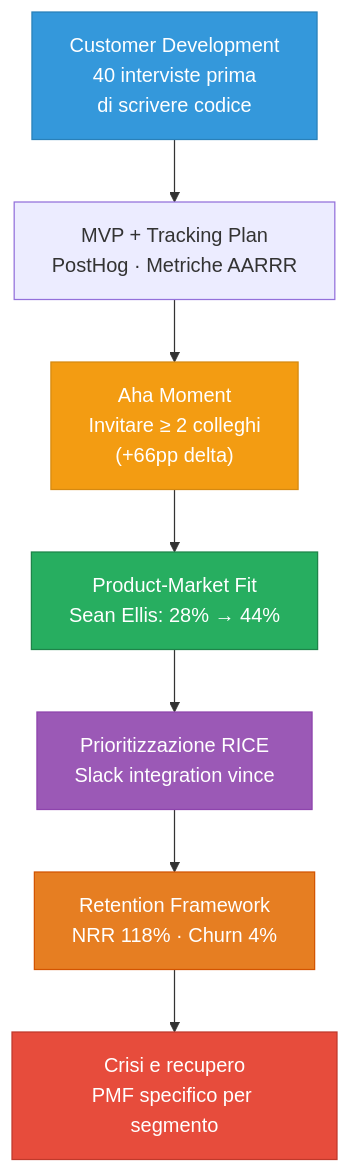
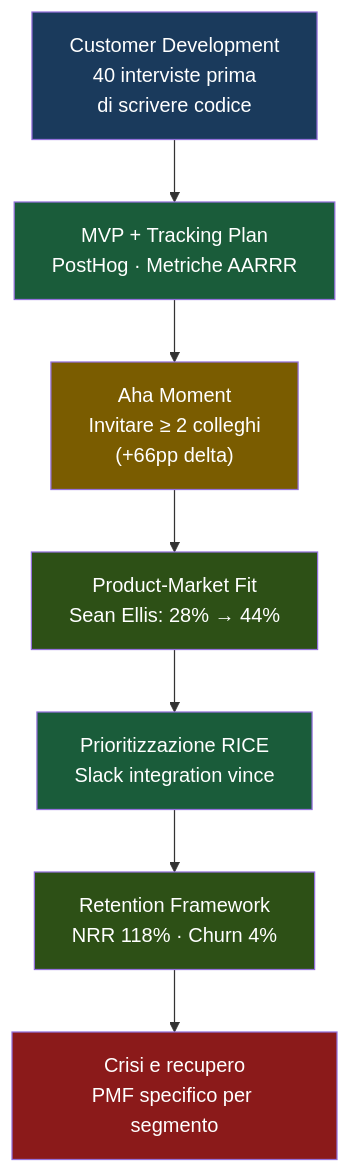
One commit to AndreyBertasini/gynnitech changed the diagram in src/content/corso/analisi-prodotto/caso-studio.mdx. Above: the diagram before and after it, drawn with Mermaid. The commit also changed 21 other files, not shown here.

First line of the commit message:
style: applica color scheme semantico a tutti i diagrammi Mermaid del corso

````diff
--- a/src/content/corso/analisi-prodotto/caso-studio.mdx
+++ b/src/content/corso/analisi-prodotto/caso-studio.mdx
@@ -239,15 +239,16 @@
 ```mermaid
 graph TD
     CD["Customer Development\n40 interviste prima\ndi scrivere codice"] --> MVP["MVP + Tracking Plan\nPostHog · Metriche AARRR"]
     MVP --> AHA["Aha Moment\nInvitare ≥ 2 colleghi\n(+66pp delta)"]
     AHA --> PMF["Product-Market Fit\nSean Ellis: 28% → 44%"]
     PMF --> PRIO["Prioritizzazione RICE\nSlack integration vince"]
     PRIO --> RET["Retention Framework\nNRR 118% · Churn 4%"]
     RET --> CRISIS["Crisi e recupero\nPMF specifico per segmento"]
-    style CD fill:#3498db,stroke:#2980b9,color:#fff
-    style AHA fill:#f39c12,stroke:#d68910,color:#fff
-    style PMF fill:#27ae60,stroke:#1e8449,color:#fff
-    style PRIO fill:#9b59b6,stroke:#8e44ad,color:#fff
-    style RET fill:#e67e22,stroke:#d35400,color:#fff
-    style CRISIS fill:#e74c3c,stroke:#c0392b,color:#fff
+    style CD fill:#1a3a5c,color:#ffffff
+    style MVP fill:#1a5c3a,color:#ffffff
+    style AHA fill:#7a5c00,color:#ffffff
+    style PMF fill:#2d5016,color:#ffffff
+    style PRIO fill:#1a5c3a,color:#ffffff
+    style RET fill:#2d5016,color:#ffffff
+    style CRISIS fill:#8b1a1a,color:#ffffff
 ```
````
